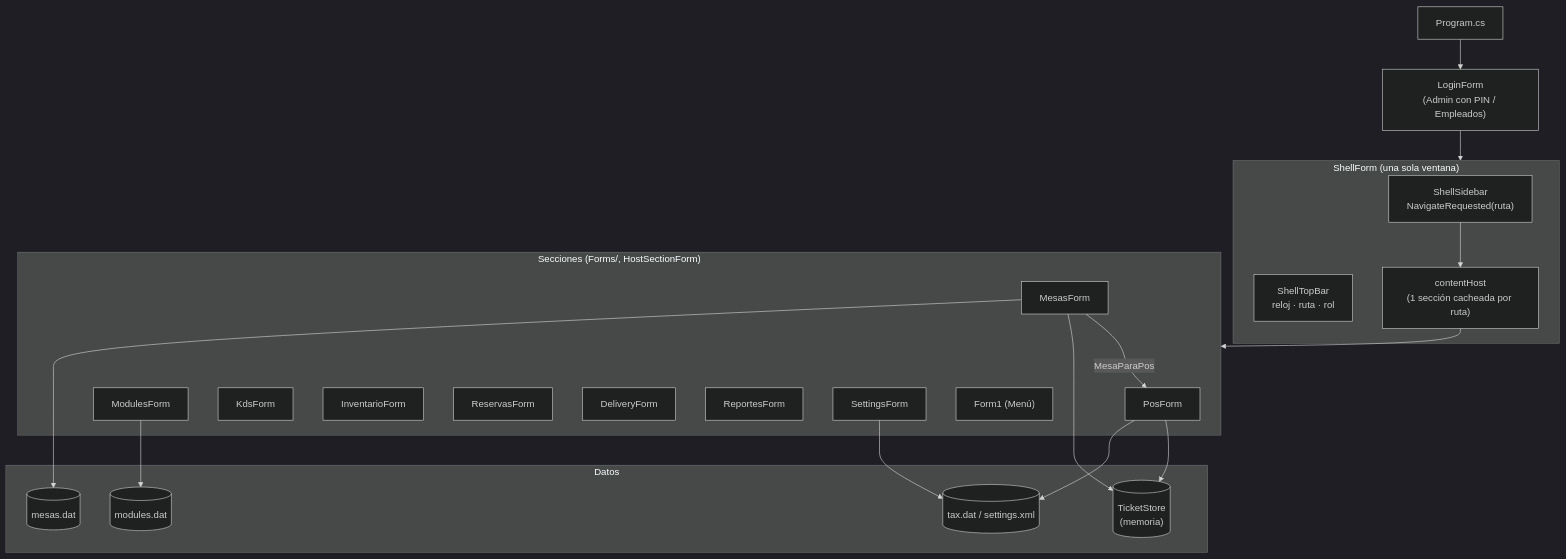
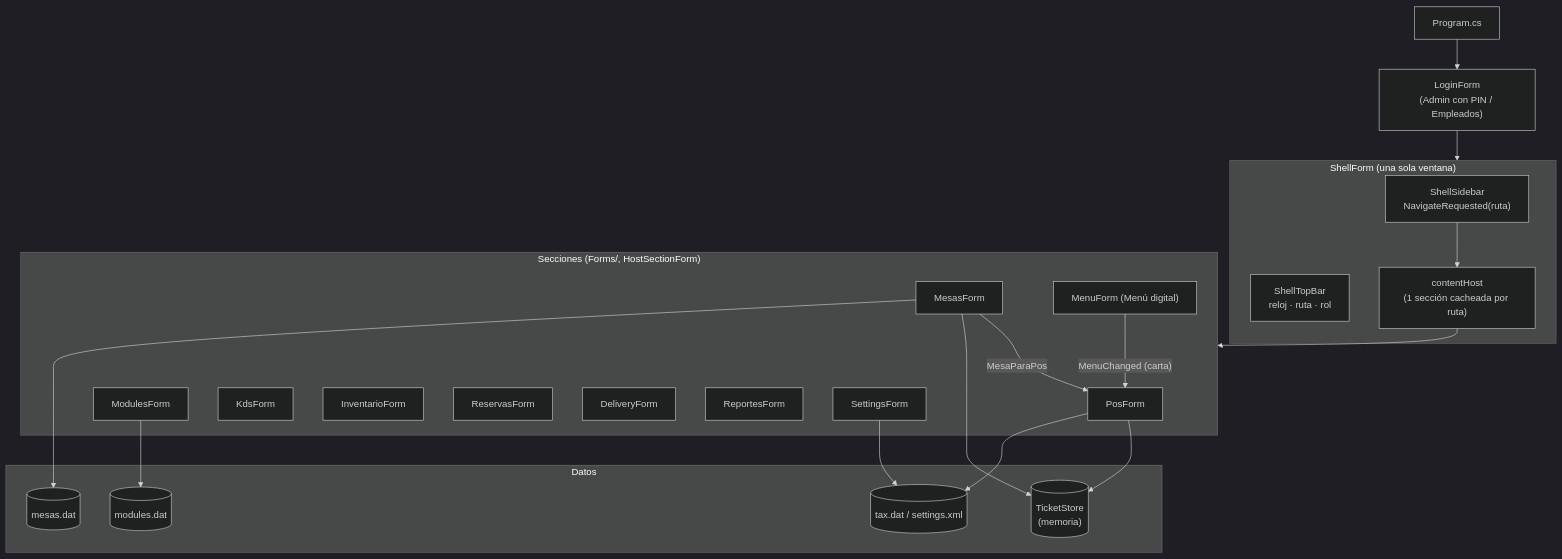
One commit to MrDylanDev/Desktop changed the first of 2 diagrams in README.md. Above: the diagram before and after it, drawn with Mermaid (dark theme). The commit also changed other lines of this file and 42 other files, not shown here.

First line of the commit message:
feat: Menú digital con tarjetas y edición rápida conectado al POS

````diff
--- a/README.md
+++ b/README.md
@@ -61,37 +61,38 @@
 ```mermaid
 flowchart TB
     P["Program.cs"] --> L["LoginForm\n(Admin con PIN / Empleados)"]
     L --> S
     subgraph S["ShellForm (una sola ventana)"]
         SB["ShellSidebar\nNavigateRequested(ruta)"]
         TB["ShellTopBar\nreloj · ruta · rol"]
         CH["contentHost\n(1 sección cacheada por ruta)"]
     end
     subgraph Secciones["Secciones (Forms/, HostSectionForm)"]
         POS["PosForm"]
         MES["MesasForm"]
         MOD["ModulesForm"]
         KDS["KdsForm"]
         INV["InventarioForm"]
         RES["ReservasForm"]
         DEL["DeliveryForm"]
         REP["ReportesForm"]
         CFG["SettingsForm"]
-        MENU["Form1 (Menú)"]
+        MENU["MenuForm (Menú digital)"]
     end
     subgraph Datos["Datos"]
         TS[("TicketStore\n(memoria)")]
         MS[("mesas.dat")]
         MD[("modules.dat")]
         TX[("tax.dat / settings.xml")]
     end
     SB --> CH
     CH --> Secciones
     MES -- "MesaParaPos" --> POS
+    MENU -- "MenuChanged (carta)" --> POS
     POS --> TS
     MES --> TS
     MES --> MS
     MOD --> MD
     CFG --> TX
     POS --> TX
 ```
````
